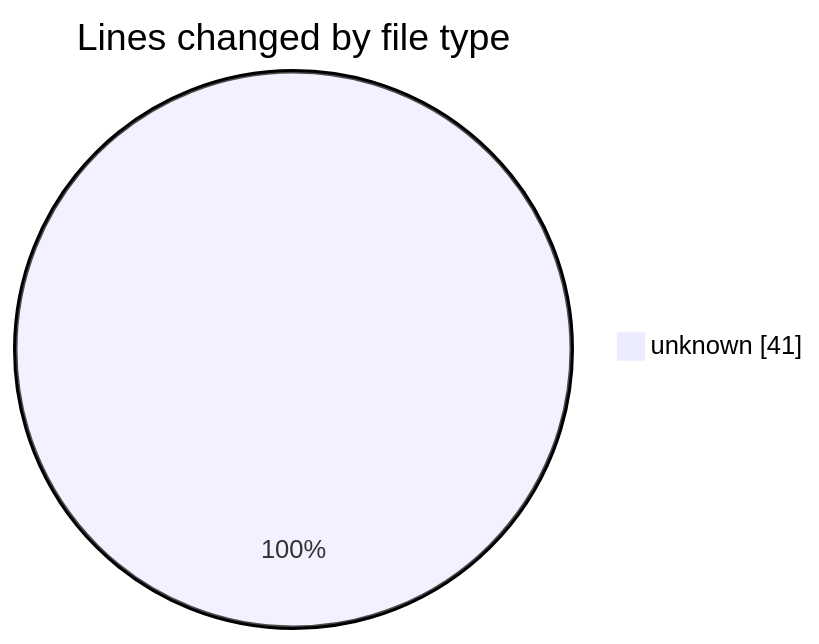
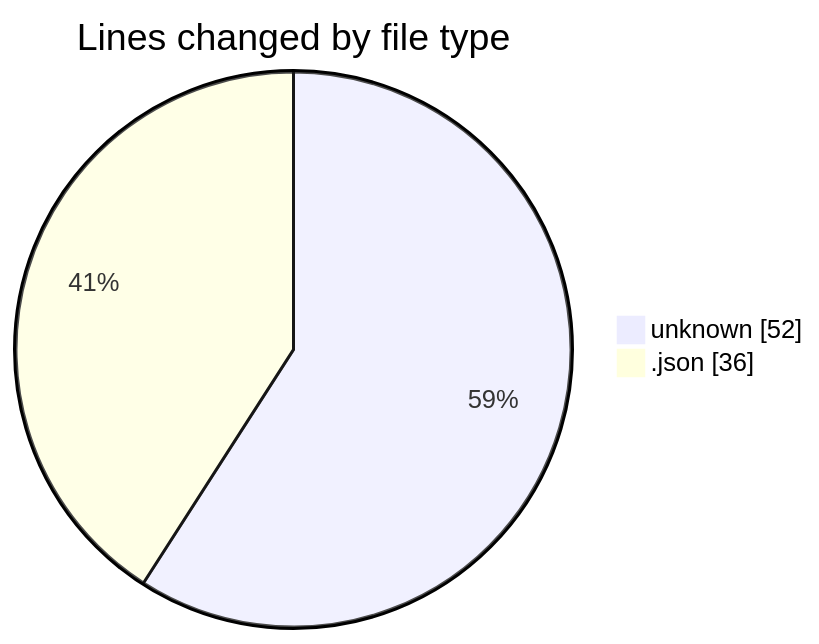
One commit to JenPaints/code-tracking changed the first of 2 diagrams in 2025-07-24/cohera/README.md. Above: the diagram before and after it, drawn with Mermaid. The commit also changed other lines of this file and 1 other file, not shown here.

````diff
--- a/2025-07-24/cohera/README.md
+++ b/2025-07-24/cohera/README.md
@@ -20,5 +22,6 @@
 ```mermaid
 pie showData
 title Lines changed by file type
-"unknown" : 41
+"unknown" : 52
+".json" : 36
 ```
````
